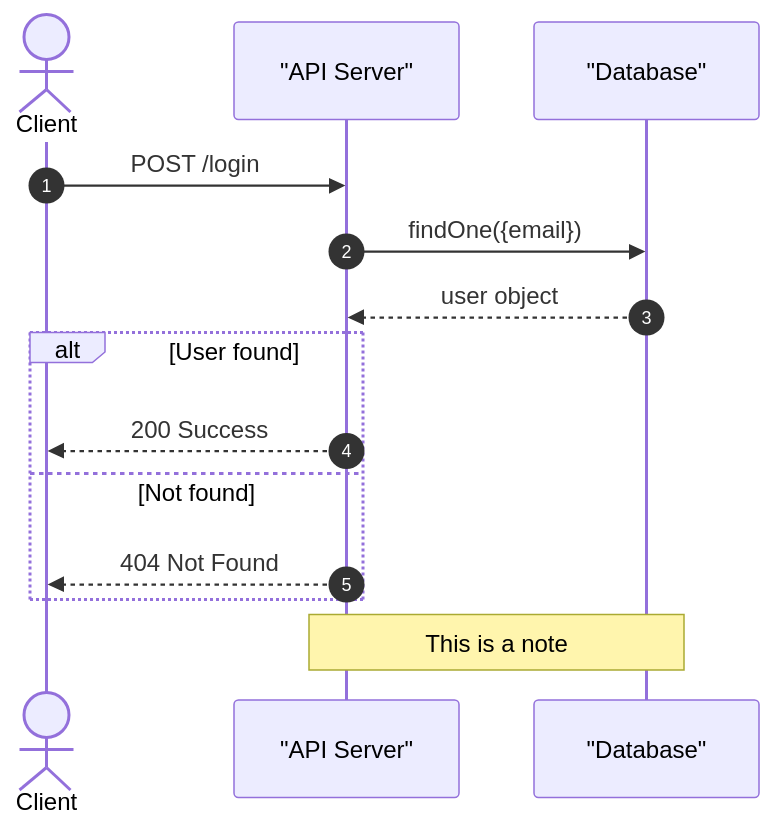
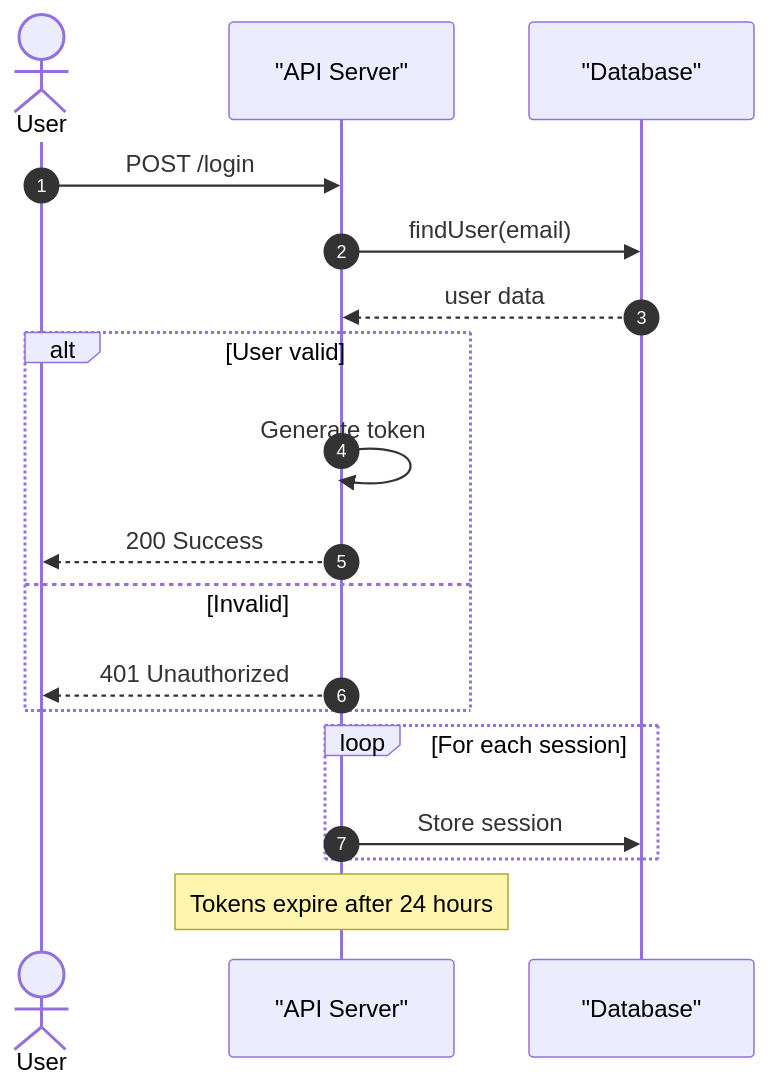
The third of 5 diagrams in backend/instructions/analyze-domain-documentation.md (Alequez97/codebase-analyzer), drawn with Mermaid before and after one commit. The commit also changed other lines of this file, not shown here.

Commit message:
feat: update mermaid diagram examples and syntax rules for clarity and accuracy

````diff
--- a/backend/instructions/analyze-domain-documentation.md
+++ b/backend/instructions/analyze-domain-documentation.md
@@ -79,20 +100,24 @@
 ```mermaid
 sequenceDiagram
   autonumber
-  actor Client
+  actor User
   participant API as "API Server"
   participant DB as "Database"
 
-  Client->>API: POST /login
-  API->>DB: findOne({email})
-  DB-->>API: user object
+  User->>API: POST /login
+  API->>DB: findUser(email)
+  DB-->>API: user data
 
-  %% Conditional logic
-  alt User found
-    API-->>Client: 200 Success
-  else Not found
-    API-->>Client: 404 Not Found
+  alt User valid
+    API->>API: Generate token
+    API-->>User: 200 Success
+  else Invalid
+    API-->>User: 401 Unauthorized
   end
 
-  Note over API,DB: This is a note
+  loop For each session
+    API->>DB: Store session
+  end
+
+  Note over API: Tokens expire after 24 hours
 ```
````
